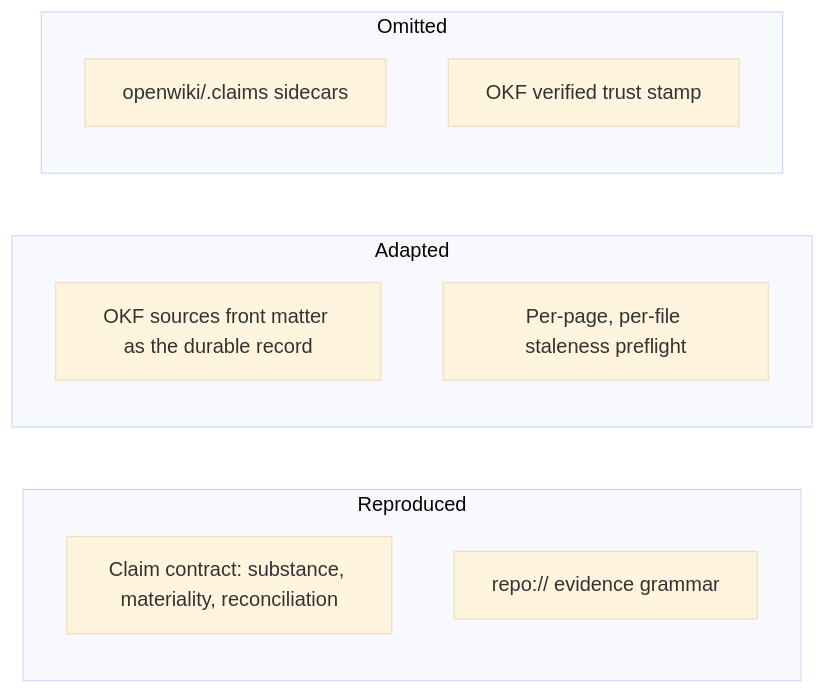
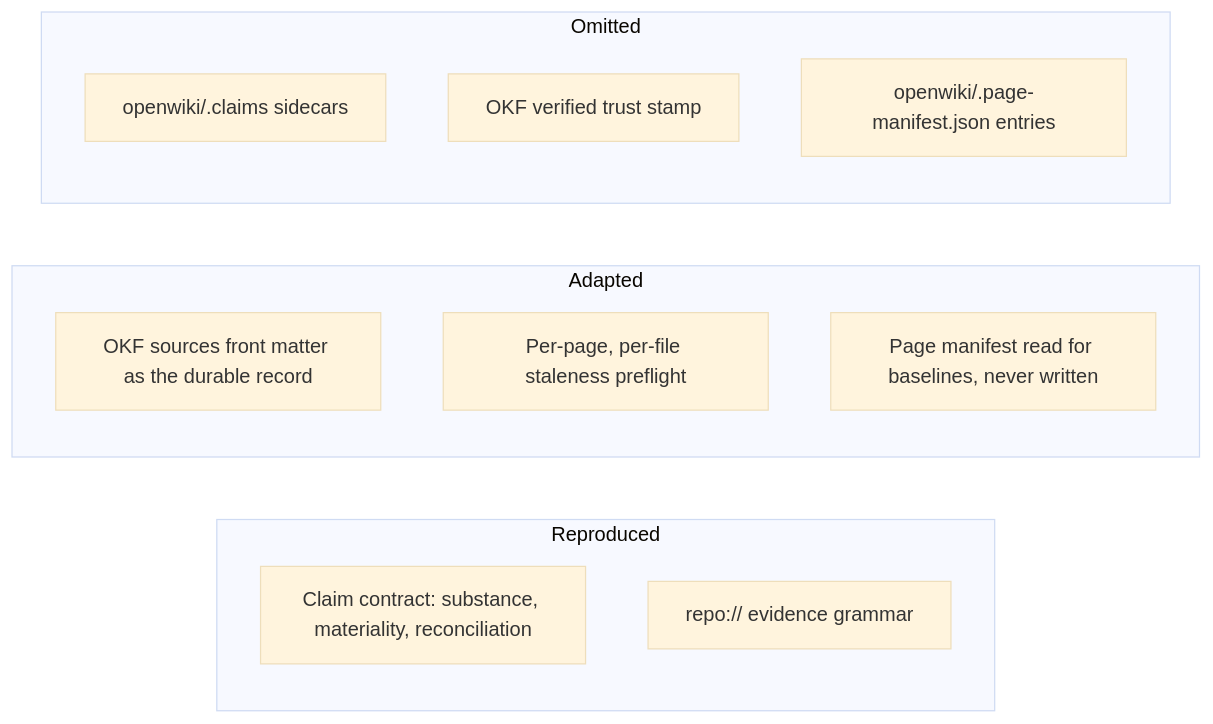
The diagram in openwiki/concepts/claims-and-grounding.md (JHSeo-git/openwiki-skill), drawn with Mermaid (base theme) before and after one commit. The commit also changed other lines of this file and 9 other files, not shown here.

Commit message:
docs: openwiki update — wiki catches up to v0.5.0 (page manifest read-only, sparse Claims inverted, partial-progress CI)

````diff
--- a/openwiki/concepts/claims-and-grounding.md
+++ b/openwiki/concepts/claims-and-grounding.md
@@ -103,15 +126,17 @@
 ```mermaid
 flowchart LR
     subgraph Reproduced
         C["Claim contract: substance, materiality, reconciliation"]
         G["repo:// evidence grammar"]
     end
     subgraph Adapted
         S["OKF sources front matter as the durable record"]
         P["Per-page, per-file staleness preflight"]
+        R["Page manifest read for baselines, never written"]
     end
     subgraph Omitted
         SC["openwiki/.claims sidecars"]
         V["OKF verified trust stamp"]
+        M["openwiki/.page-manifest.json entries"]
     end
 ```
````
